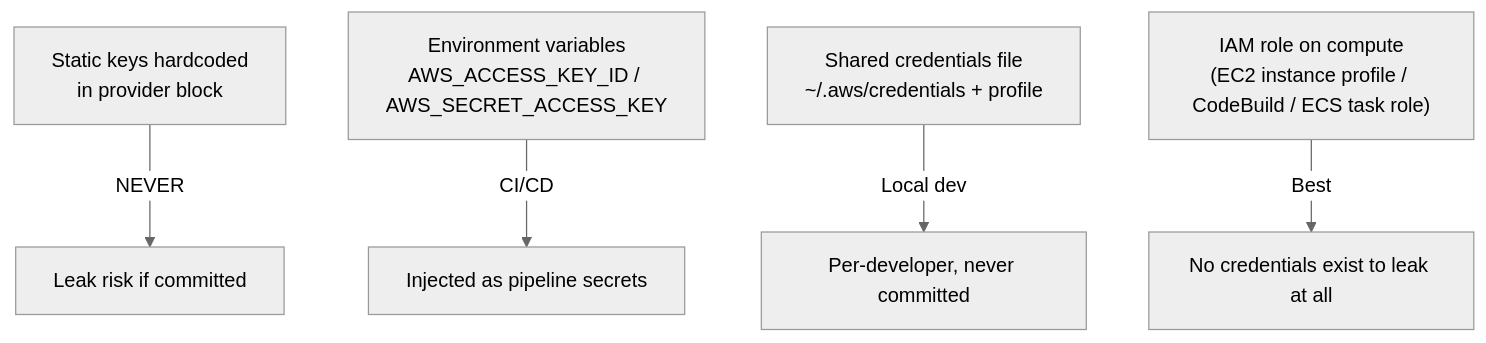
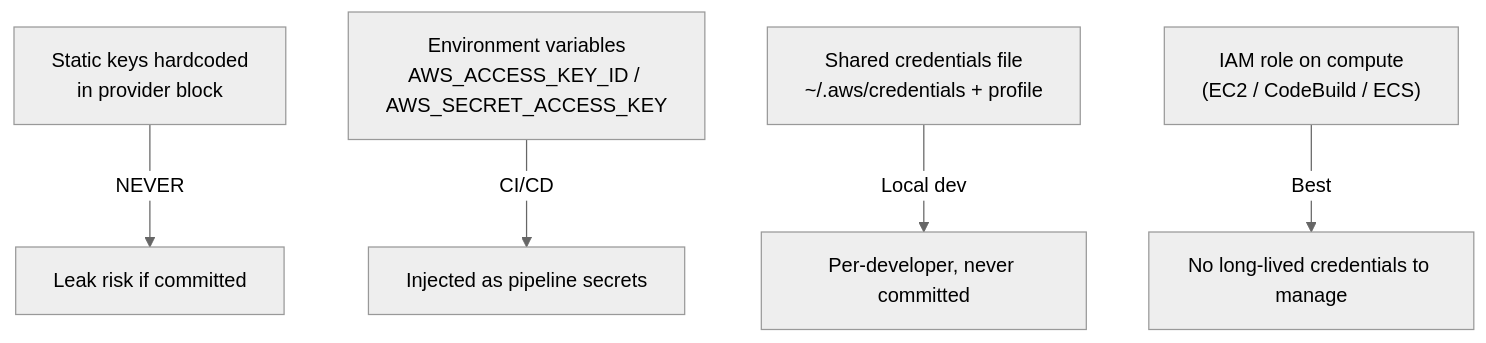
Before and after one commit to msdeepak052/Terraform_Concepts: the second of 4 diagrams in notes/02-domain2-terraform-fundamentals.md, drawn with Mermaid (neutral theme). The commit also changed other lines of this file, not shown here.

````diff
--- a/notes/02-domain2-terraform-fundamentals.md
+++ b/notes/02-domain2-terraform-fundamentals.md
@@ -144,7 +357,7 @@
 ```mermaid
 flowchart TD
-    A["Static keys hardcoded\nin provider block"] -->|"NEVER"| Z["Leak risk if committed"]
-    B["Environment variables\nAWS_ACCESS_KEY_ID / AWS_SECRET_ACCESS_KEY"] -->|"CI/CD"| Y["Injected as pipeline secrets"]
-    C["Shared credentials file\n~/.aws/credentials + profile"] -->|"Local dev"| X["Per-developer, never committed"]
-    D["IAM role on compute\n(EC2 instance profile / CodeBuild / ECS task role)"] -->|"Best"| W["No credentials exist to leak at all"]
+    A["Static keys hardcoded<br/>in provider block"] -->|"NEVER"| Z["Leak risk if committed"]
+    B["Environment variables<br/>AWS_ACCESS_KEY_ID / AWS_SECRET_ACCESS_KEY"] -->|"CI/CD"| Y["Injected as pipeline secrets"]
+    C["Shared credentials file<br/>~/.aws/credentials + profile"] -->|"Local dev"| X["Per-developer, never committed"]
+    D["IAM role on compute<br/>(EC2 / CodeBuild / ECS)"] -->|"Best"| W["No long-lived credentials to manage"]
 ```
````
